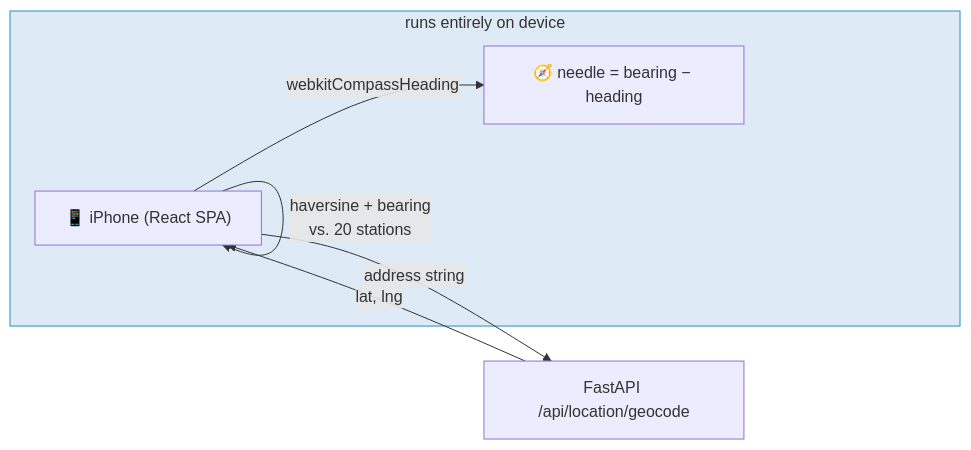
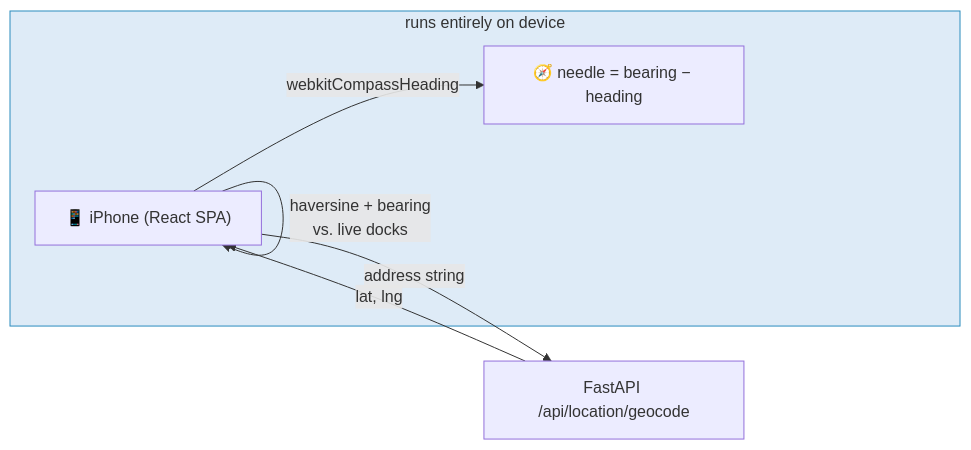
The first of 2 diagrams in presentation/index.qmd (j-jayes/mistral-hackathon-july-2026), drawn with Mermaid before and after one commit. The commit also changed other lines of this file and 14 other files, not shown here.

````diff
--- a/presentation/index.qmd
+++ b/presentation/index.qmd
@@ -67,12 +108,12 @@
 ```{mermaid}
 flowchart LR
   A["📱 iPhone (React SPA)"] -->|"address string"| B["FastAPI /api/location/geocode"]
   B -->|"lat, lng"| A
-  A -->|"haversine + bearing<br/>vs. 20 stations"| A
+  A -->|"haversine + bearing<br/>vs. live docks"| A
   A -->|"webkitCompassHeading"| N["🧭 needle = bearing − heading"]
   subgraph Client [runs entirely on device]
     A
     N
   end
   style Client fill:#DEEBF7,stroke:#2b8cbe
 ```
````
